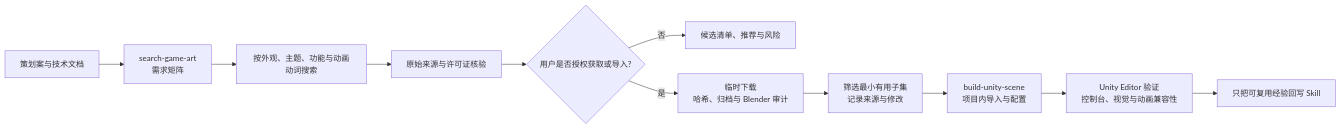
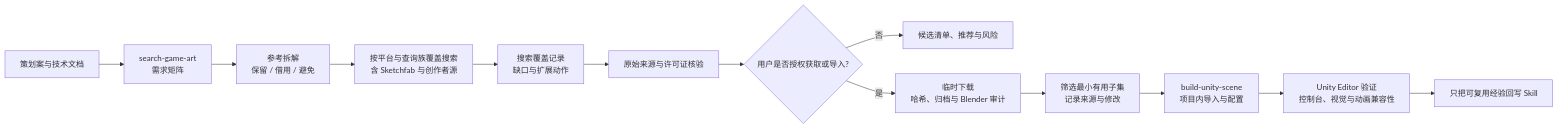
Before and after one commit to qiulinfan/qiulinfan.github.io: the second of 8 diagrams in skills/WORKFLOWS.md, drawn with Mermaid. The commit also changed other lines of this file and 14 other files, not shown here.

````diff
--- a/skills/WORKFLOWS.md
+++ b/skills/WORKFLOWS.md
@@ -40,13 +40,15 @@
 ```mermaid
 flowchart LR
     Brief["策划案与技术文档"] --> Matrix["search-game-art<br/>需求矩阵"]
-    Matrix --> Search["按外观、主题、功能与动画动词搜索"]
-    Search --> Evidence["原始来源与许可证核验"]
+    Matrix --> Traits["参考拆解<br/>保留 / 借用 / 避免"]
+    Traits --> Search["按平台与查询族覆盖搜索<br/>含 Sketchfab 与创作者源"]
+    Search --> Coverage["搜索覆盖记录<br/>缺口与扩展动作"]
+    Coverage --> Evidence["原始来源与许可证核验"]
     Evidence --> Choice{"用户是否授权获取或导入?"}
     Choice -->|否| Shortlist["候选清单、推荐与风险"]
     Choice -->|是| Audit["临时下载<br/>哈希、归档与 Blender 审计"]
     Audit --> Subset["筛选最小有用子集<br/>记录来源与修改"]
     Subset --> Unity["build-unity-scene<br/>项目内导入与配置"]
     Unity --> Validate["Unity Editor 验证<br/>控制台、视觉与动画兼容性"]
     Validate --> Learn["只把可复用经验回写 Skill"]
 ```
````
